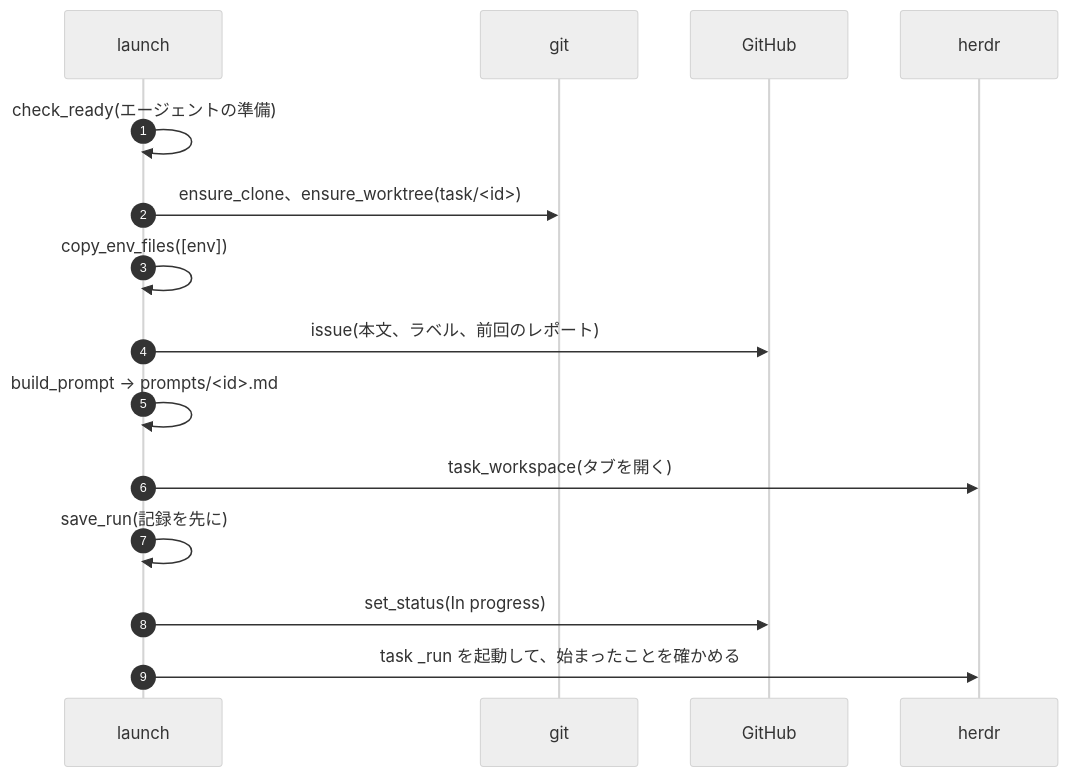
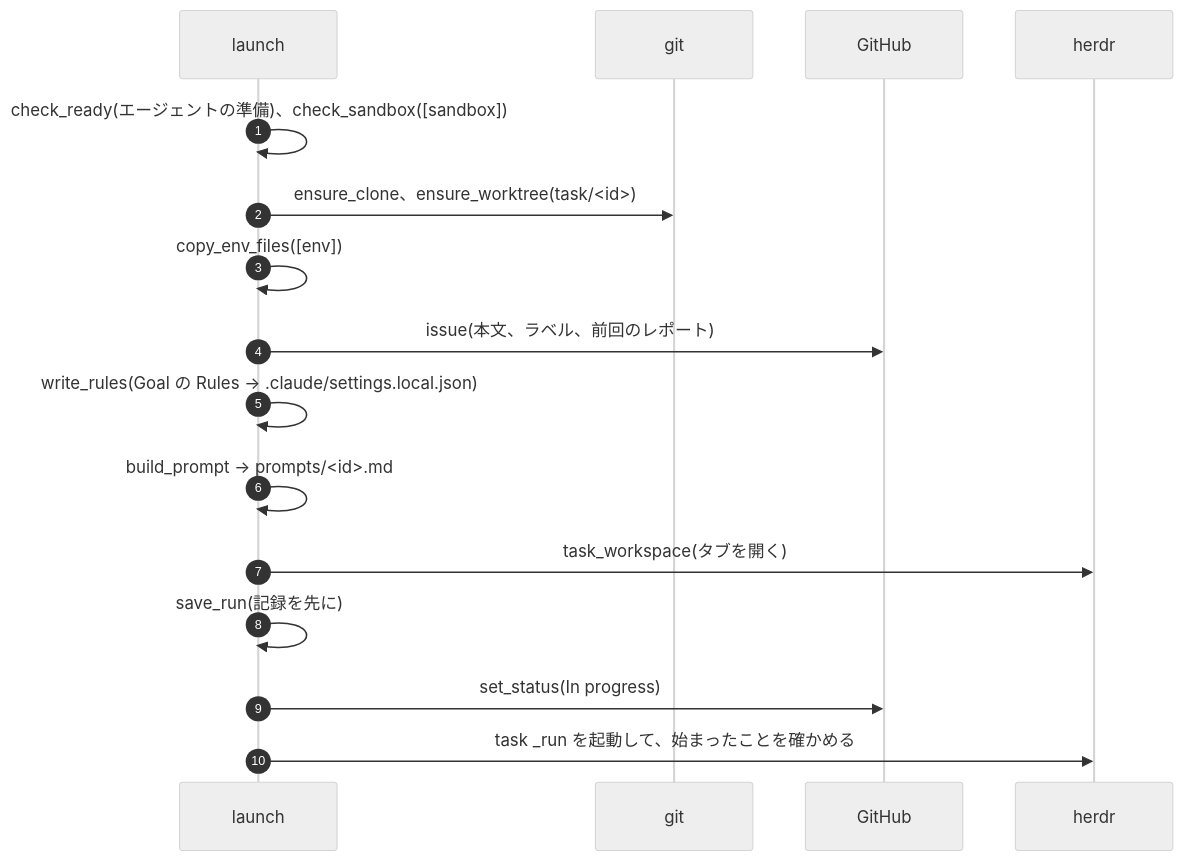
The fifth of 7 diagrams in docs/architecture/lld.md (jyoka/task-hub), drawn with Mermaid (neutral theme) before and after one commit. The commit also changed other lines of this file and 11 other files, not shown here.

````diff
--- a/docs/architecture/lld.md
+++ b/docs/architecture/lld.md
@@ -187,17 +187,18 @@
 ```mermaid
 sequenceDiagram
     autonumber
     participant L as launch
     participant G as git
     participant GH as GitHub
     participant H as herdr
-    L->>L: check_ready(エージェントの準備)
+    L->>L: check_ready(エージェントの準備)、check_sandbox([sandbox])
     L->>G: ensure_clone、ensure_worktree(task/<id>)
     L->>L: copy_env_files([env])
     L->>GH: issue(本文、ラベル、前回のレポート)
+    L->>L: write_rules(Goal の Rules → .claude/settings.local.json)
     L->>L: build_prompt → prompts/<id>.md
     L->>H: task_workspace(タブを開く)
     L->>L: save_run(記録を先に)
     L->>GH: set_status(In progress)
     L->>H: task _run を起動して、始まったことを確かめる
 ```
````
